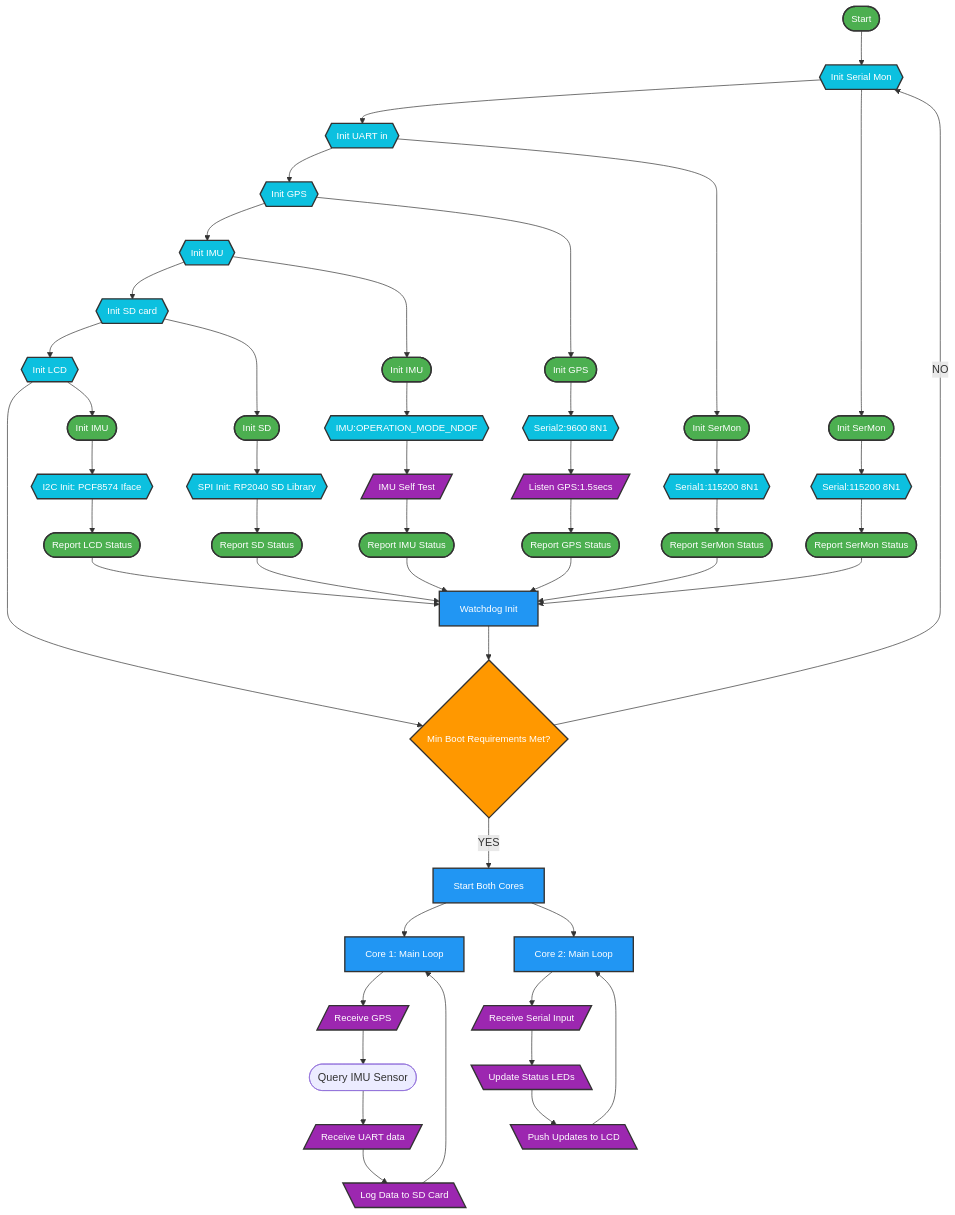
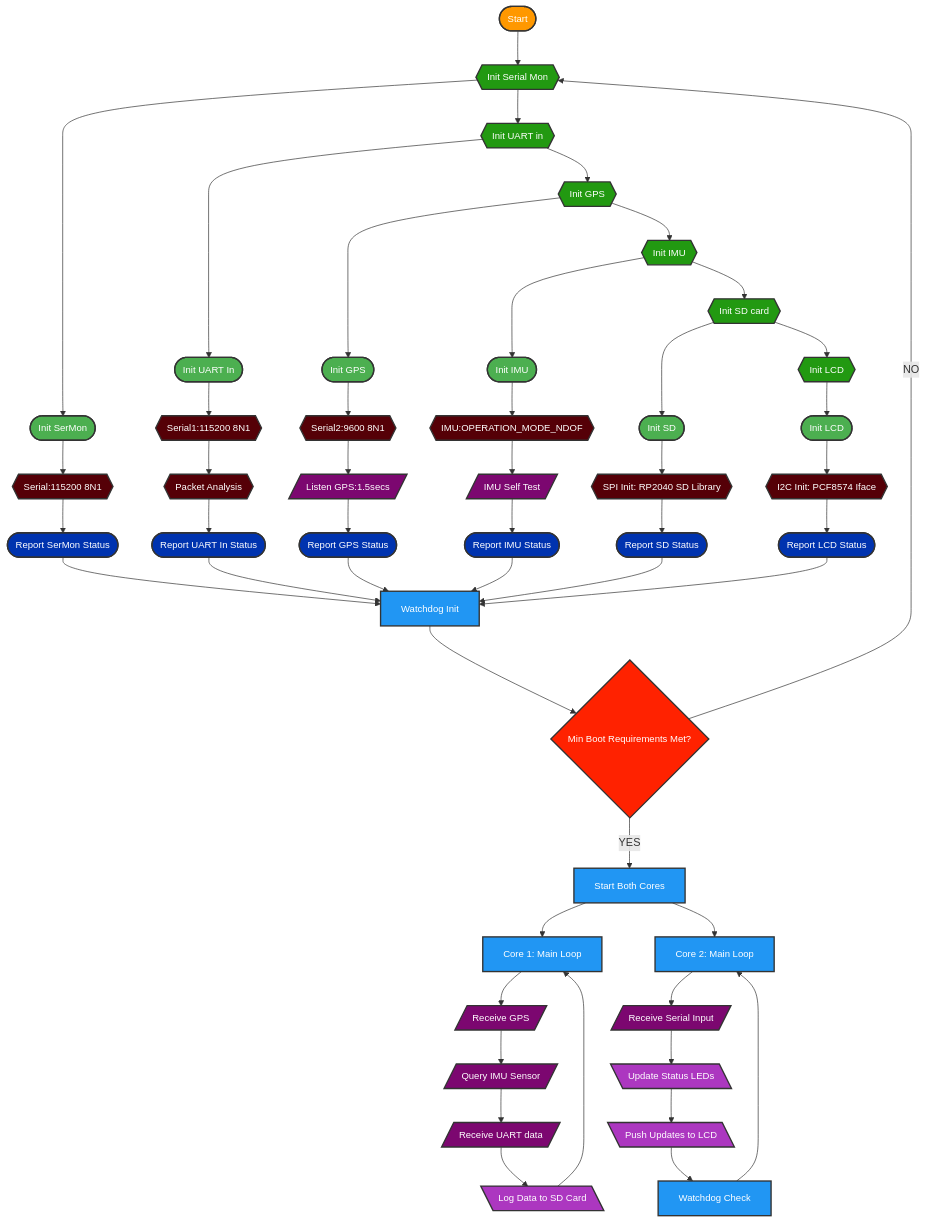
Before and after one commit to Phoenixjack/otw: the diagram in readme.md, drawn with Mermaid.

````diff
--- a/readme.md
+++ b/readme.md
@@ -41,7 +41,7 @@
     InitGPS --> InitIMU{{Init IMU}}
     InitIMU --> InitSDcard{{Init SD card}}
     InitSDcard --> InitLCD{{Init LCD}}
-	InitLCD --> MinBootReqs{"Min Boot Requirements Met?"}
+    WatchdogInit --> MinBootReqs{"Min Boot Requirements Met?"}
 	MinBootReqs --> |YES| StartBothCores[Start Both Cores]
     MinBootReqs --> |NO| InitSerMon{{Init Serial Mon}}
 	
@@ -51,8 +51,8 @@
 
     %% Core 1 Tasks
     Core1Main --> GPSFunctions[/Receive GPS/]
-    GPSFunctions --> IMUFunctions([Query IMU Sensor])
-	IMUFunctions --> GetUARTdata[/Receive UART data/]
+    GPSFunctions --> QueryIMU[/Query IMU Sensor/]
+    QueryIMU --> GetUARTdata[/Receive UART data/]
     GetUARTdata --> SDLogging[\Log Data to SD Card\]
     SDLogging --> Core1Main
 
@@ -60,17 +60,19 @@
     Core2Main --> SerialIO[/Receive Serial Input/]
     SerialIO --> StatusLED[\Update Status LEDs\]
     StatusLED --> LCDDisplay[\Push Updates to LCD\]
-    LCDDisplay --> Core2Main
+    LCDDisplay --> WatchdogProcess[Watchdog Check]
+    WatchdogProcess --> Core2Main
 
     %% SUBSYSTEMS
     InitSerMon --> StartSerMon
-	StartSerMon([Init SerMon]) --> InitSerial{{Serial:115200 8N1}}
+	StartSerMon([Init SerMon]) --> InitSerial{{"Serial:115200 8N1"}}
 	InitSerial --> ReportSerMon([Report SerMon Status])
 	ReportSerMon --> WatchdogInit[Watchdog Init]
 	
     InitUARTin --> StartUARTIn
-    StartUARTIn([Init SerMon]) --> InitUARTIn{{Serial1:115200 8N1}}
-	InitUARTIn --> ReportUARTIn([Report SerMon Status])
+    StartUARTIn([Init UART In]) --> InitUARTIn{{"Serial1:115200 8N1"}}
+    InitUARTIn --> PacketAnalyzer{{Packet Analysis}}
+	PacketAnalyzer --> ReportUARTIn([Report UART In Status])
 	ReportUARTIn --> WatchdogInit
 
     InitGPS --> StartGPS
@@ -91,27 +93,39 @@
 	ReportSD --> WatchdogInit
 
     InitLCD --> StartLCD([Init LCD])
-    StartLCD([Init IMU]) --> ConfigLCD{{"I2C Init: PCF8574 Iface"}}
+    StartLCD([Init LCD]) --> ConfigLCD{{"I2C Init: PCF8574 Iface"}}
 	ConfigLCD --> ReportLCD([Report LCD Status])
 	ReportLCD --> WatchdogInit
 
-	WatchdogInit --> MinBootReqs
-
+	
     %% Define Classes
-    classDef startStop fill:#4CAF50,stroke:#333,stroke-width:2px,font-size:14px,color:#fff;
+    classDef initialstart fill:#FF9800,stroke:#333,stroke-width:2px,font-size:14px,color:#fff;
+    classDef start fill:#4CAF50,stroke:#333,stroke-width:2px,font-size:14px,color:#fff;
+    classDef stop fill:#0033AF,stroke:#333,stroke-width:2px,font-size:14px,color:#fff;
+    classDef initializer fill:#229911,stroke:#333,stroke-width:2px,font-size:14px,color:#fff;
+    classDef decision fill:#FF2200,stroke:#333,stroke-width:2px,font-size:14px,color:#fff;
+    classDef input fill:#7C0770,stroke:#333,stroke-width:2px,font-size:14px,color:#fff;
+    classDef output fill:#AC37C0,stroke:#333,stroke-width:2px,font-size:14px,color:#fff;
+    classDef config fill:#550007,stroke:#333,stroke-width:2px,font-size:14px,color:#fff;
     classDef process fill:#2196F3,stroke:#333,stroke-width:2px,font-size:14px,color:#fff;
-    classDef decision fill:#FF9800,stroke:#333,stroke-width:2px,font-size:14px,color:#fff;
-    classDef input fill:#9C27B0,stroke:#333,stroke-width:2px,font-size:14px,color:#fff;
-    classDef output fill:#9C27B0,stroke:#333,stroke-width:2px,font-size:14px,color:#fff;
-    classDef config fill:#0CC0DF,stroke:#333,stroke-width:2px,font-size:14px,color:#fff;
-
+    
     %% Assign Classes
-    class Start,End,StartSerMon,ReportSerMon,StartUARTIn,ReportUARTIn,StartGPS,ReportGPS,StartIMU,ReportIMU startStop;
-    class StartSD,StartLCD,ReportLCD,ReportSD startStop
-    class WatchdogInit,Core1Main,Core2Main,StartBothCores process;
+    %% start
+    class Start initialstart;
+    %% start
+    class StartSerMon,StartUARTIn,StartSD,StartLCD,StartGPS,StartIMU start;
+    %% stop
+    class End,ReportSerMon,ReportLCD,ReportUARTIn,ReportGPS,ReportSD,ReportIMU stop
+    %% process
+    class WatchdogInit,Core1Main,Core2Main,StartBothCores,WatchdogProcess process;
+    %% decision
     class MinBootReqs decision;
-    class GPSFunctions,SerialIO,GetUARTdata,ListenGPS,SelfTestIMU input;
+    %% initializer
+    class InitSerMon,InitUARTin,InitGPS,InitIMU,InitSDcard,InitLCD initializer;
+    %% input
+    class GPSFunctions,SerialIO,GetUARTdata,ListenGPS,SelfTestIMU,QueryIMU input;
+    %% output
 	class SDLogging,StatusLED,LCDDisplay output;
-	class InitSerMon,InitUARTin,InitUARTIn,InitGPS,InitIMU,InitSDcard,InitLCD,InitSerial,InitSerial2,ConfigIMU config;
-    class ConfigLCD,ConfigSD config
+    %% config
+    class ConfigIMU,ConfigLCD,ConfigSD,PacketAnalyzer,InitUARTIn,InitSerial,InitSerial2 config
 ```
````
